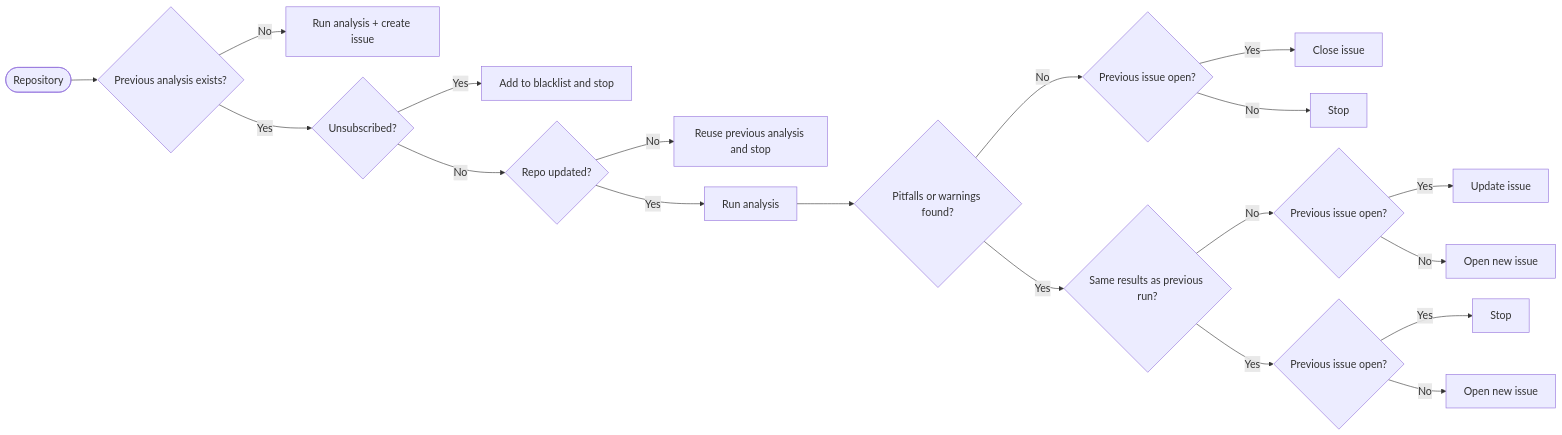
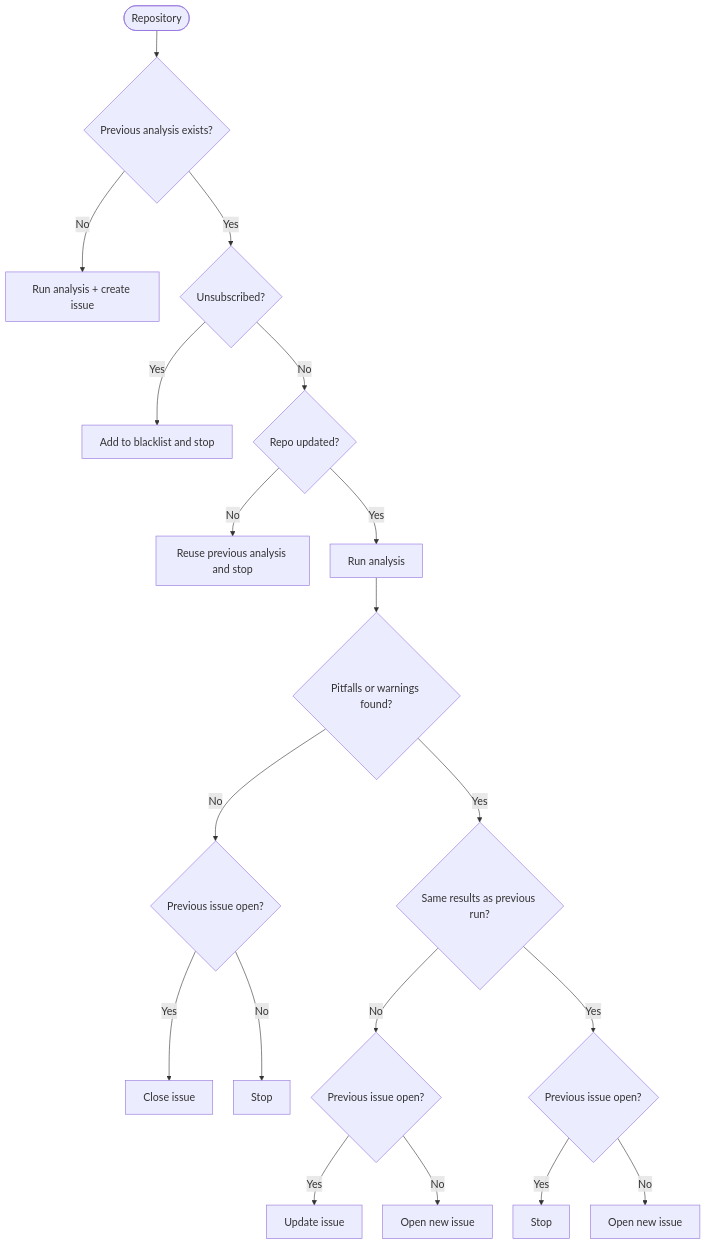
The diagram in docs/usage.rst (Anas-Elhounsri/sw-metadata-bot), drawn with Mermaid before and after one commit.

Commit message:
make the mermaid diagram vertical for better visualization

```diff
--- a/docs/usage.rst
+++ b/docs/usage.rst
@@ -143,40 +143,40 @@
 .. mermaid::
 
    %%{init: {
      "flowchart": {
        "htmlLabels": true,
        "useMaxWidth": true,
        "nodeSpacing": 35,
        "rankSpacing": 45
      },
      "themeVariables": {
        "fontSize": "18px"
      }
    }}%%
-   flowchart LR
+   flowchart TB
        repo([Repository]) --> prev{Previous analysis exists?}
 
        prev -- No --> full[Run analysis + create issue]
 
        prev -- Yes --> unsub{Unsubscribed?}
        unsub -- Yes --> blacklist[Add to blacklist and stop]
 
        unsub -- No --> updated{Repo updated?}
        updated -- No --> copy[Reuse previous analysis and stop]
 
        updated -- Yes --> run[Run analysis]
        run --> warn{Pitfalls or warnings found?}
 
        warn -- No --> openNoWarn{Previous issue open?}
        openNoWarn -- Yes --> close[Close issue]
        openNoWarn -- No --> stop1[Stop]
 
        warn -- Yes --> same{Same results as previous run?}
 
        same -- No --> openA{Previous issue open?}
        openA -- Yes --> update[Update issue]
        openA -- No --> newA[Open new issue]
 
        same -- Yes --> openB{Previous issue open?}
        openB -- Yes --> stop2[Stop]
        openB -- No --> newB[Open new issue]
```
